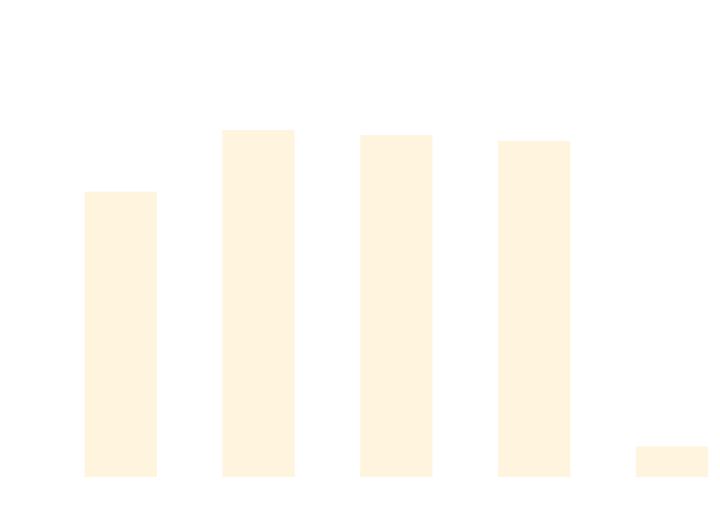
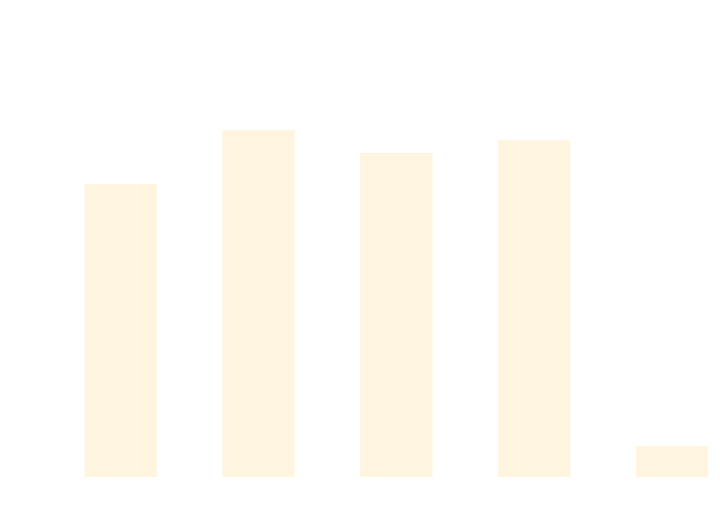
Before and after one commit to thomhurst/TUnit: the diagram in docs/docs/benchmarks/ScaleTests.md, drawn with Mermaid. The commit also changed other lines of this file and 17 other files, not shown here.

````diff
--- a/docs/docs/benchmarks/ScaleTests.md
+++ b/docs/docs/benchmarks/ScaleTests.md
@@ -27,37 +27,37 @@
 ```mermaid
 %%{init: {
   'theme':'base',
   'themeVariables': {
     'primaryColor': '#2563eb',
     'primaryTextColor': '#ffffff',
     'primaryBorderColor': '#1e40af',
     'lineColor': '#6b7280',
     'secondaryColor': '#7c3aed',
     'tertiaryColor': '#dc2626',
     'background': '#ffffff',
     'mainBkg': '#2563eb',
     'secondBkg': '#7c3aed',
     'tertiaryBkg': '#dc2626',
     'clusterBkg': '#f3f4f6',
     'edgeLabelBackground': '#ffffff',
     'tertiaryTextColor': '#1f2937',
     'pie1': '#2563eb',
     'pie2': '#7c3aed',
     'pie3': '#dc2626',
     'pie4': '#f59e0b',
     'pie5': '#10b981',
     'pie6': '#06b6d4',
     'pie7': '#ec4899',
     'pie8': '#6366f1',
     'pie9': '#84cc16',
     'pie10': '#f97316',
     'pie11': '#14b8a6',
     'pie12': '#a855f7'
   }
 }}%%
 xychart-beta
   title "ScaleTests Performance Comparison"
   x-axis ["TUnit", "NUnit", "MSTest", "xUnit3", "TUnit_AOT"]
-  y-axis "Time (ms)" 0 --> 760
-  bar [517.94, 632.9, 623.5, 612.73, 42.2]
+  y-axis "Time (ms)" 0 --> 738
+  bar [516.62, 614.31, 572.94, 595.92, 41.25]
 ```
````
